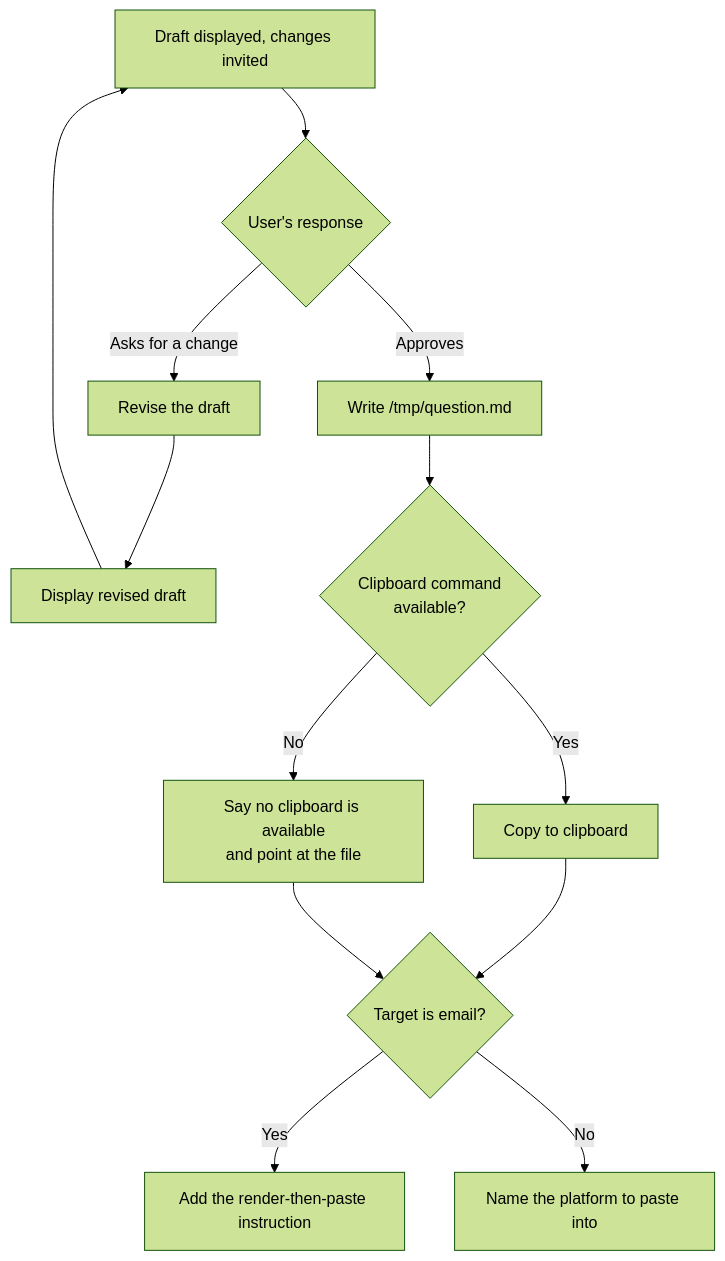
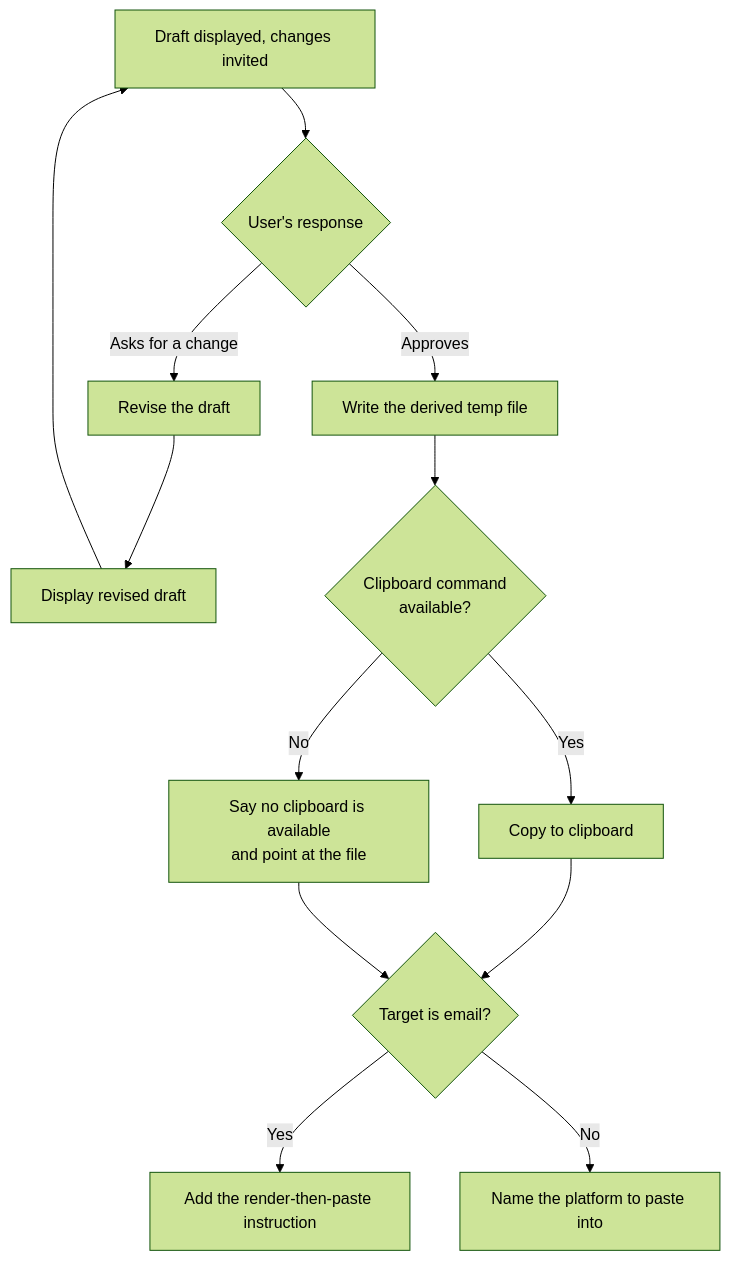
One commit to repobuddy/repobuddy changed the second of 2 diagrams in .agents/spec/agent-skills/to-question/README.md. Above: the diagram before and after it, drawn with Mermaid (forest theme). The commit also changed other lines of this file and 7 other files, not shown here.

First line of the commit message:
fix(to-question): derive the handoff temp path instead of hardcoding /tmp/question.md

````diff
--- a/.agents/spec/agent-skills/to-question/README.md
+++ b/.agents/spec/agent-skills/to-question/README.md
@@ -208,15 +209,15 @@
 ```mermaid
 graph TD
     O[Draft displayed, changes invited] --> P{User's response}
     P -->|Asks for a change| Q[Revise the draft]
     Q --> R[Display revised draft]
     R --> O
-    P -->|Approves| S[Write /tmp/question.md]
+    P -->|Approves| S[Write the derived temp file]
     S --> T{Clipboard command<br/>available?}
     T -->|Yes| U[Copy to clipboard]
     T -->|No| V[Say no clipboard is available<br/>and point at the file]
     U --> W{Target is email?}
     V --> W
     W -->|Yes| X[Add the render-then-paste instruction]
     W -->|No| Y[Name the platform to paste into]
 ```
````
